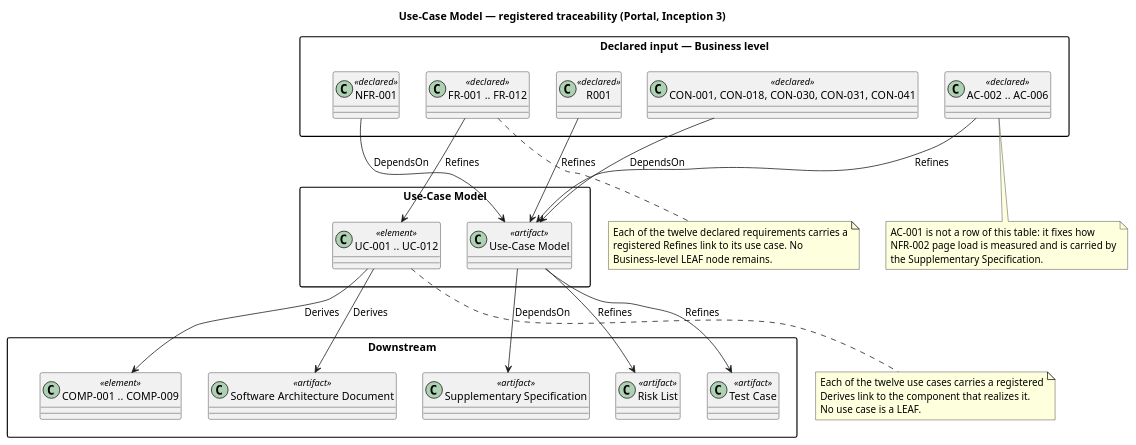
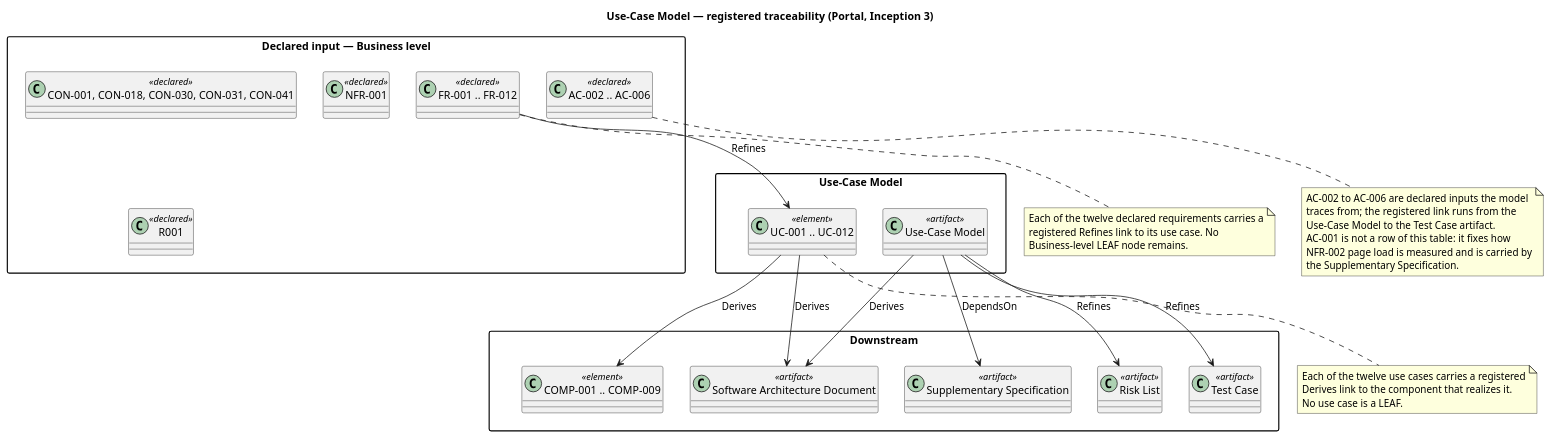
The seventh of 7 diagrams in docs/artifacts/requirements/use-case-model.md (banense-test/portal), drawn with PlantUML before and after one commit.

Commit message:
System Analyst [I3]: upsert Use-Case Model
[skip ci]

````diff
--- a/docs/artifacts/requirements/use-case-model.md
+++ b/docs/artifacts/requirements/use-case-model.md
@@ -555,61 +555,61 @@
 ```plantuml
 @startuml
 title Use-Case Model — registered traceability (Portal, Inception 3)
 
 skinparam classAttributeIconSize 0
 skinparam packageStyle rectangle
 
 package "Declared input — Business level" as DECL {
   class "FR-001 .. FR-012" as FR <<declared>>
   class "CON-001, CON-018, CON-030, CON-031, CON-041" as CON <<declared>>
   class "NFR-001" as NFR <<declared>>
   class "AC-002 .. AC-006" as AC <<declared>>
   class "R001" as R <<declared>>
 }
 
 package "Use-Case Model" as UCM {
   class "UC-001 .. UC-012" as UC <<element>>
   class "Use-Case Model" as UCMA <<artifact>>
 }
 
 package "Downstream" as DOWN {
   class "COMP-001 .. COMP-009" as COMP <<element>>
   class "Software Architecture Document" as SAD <<artifact>>
   class "Supplementary Specification" as SS <<artifact>>
   class "Risk List" as RL <<artifact>>
   class "Test Case" as TC <<artifact>>
 }
 
 FR --> UC : Refines
 UC --> COMP : Derives
 UC --> SAD : Derives
+UCMA --> SAD : Derives
 UCMA --> SS : DependsOn
 UCMA --> RL : Refines
 UCMA --> TC : Refines
-CON --> UCMA : DependsOn
-NFR --> UCMA : DependsOn
-AC --> UCMA : Refines
-R --> UCMA : Refines
 
 note bottom of FR
   Each of the twelve declared requirements carries a
   registered Refines link to its use case. No
   Business-level LEAF node remains.
 end note
 
 note bottom of UC
   Each of the twelve use cases carries a registered
   Derives link to the component that realizes it.
   No use case is a LEAF.
 end note
 
 note bottom of AC
+  AC-002 to AC-006 are declared inputs the model
+  traces from; the registered link runs from the
+  Use-Case Model to the Test Case artifact.
   AC-001 is not a row of this table: it fixes how
   NFR-002 page load is measured and is carried by
   the Supplementary Specification.
 end note
 
 DECL -[hidden]- UCM
 UCM -[hidden]- DOWN
 @enduml
 ```
````
